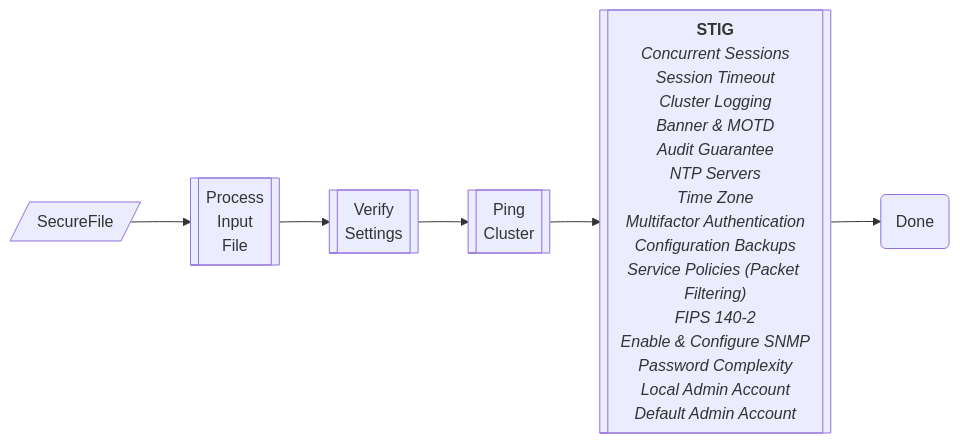
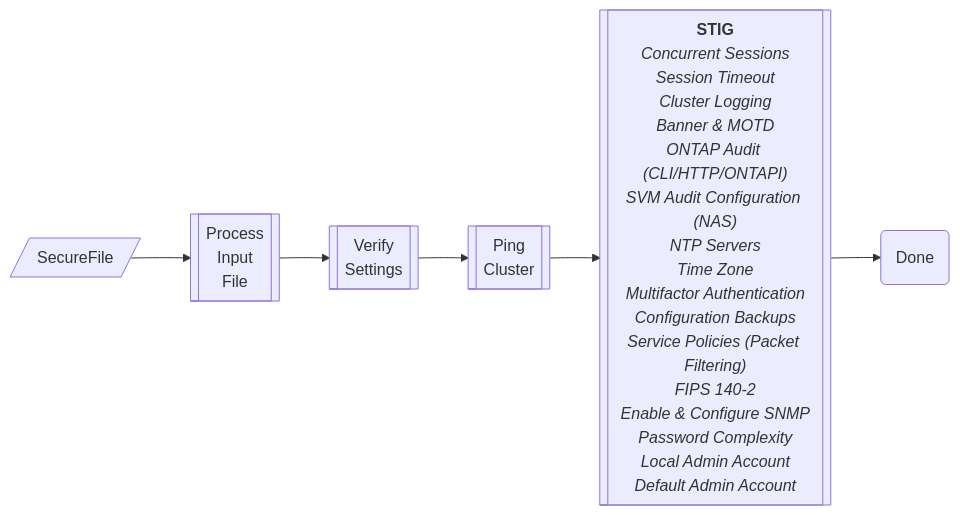
One commit to johncchampion/ontap_stig changed the first of 2 diagrams in README.md. Above: the diagram before and after it, drawn with Mermaid. The commit also changed other lines of this file, not shown here.

````diff
--- a/README.md
+++ b/README.md
@@ -111,29 +113,30 @@
 ```mermaid
 
 flowchart LR
 V1[/SecureFile/]
 T1[[Process<br>Input<br>File]]
 T2[[Verify<br>Settings]]
 T3[[Ping<br>Cluster]]
 T4[["<b>STIG</b><i>
 Concurrent Sessions
 Session Timeout
 Cluster Logging
 Banner & MOTD
-Audit Guarantee
+ONTAP Audit (CLI/HTTP/ONTAPI)
+SVM Audit Configuration (NAS)
 NTP Servers
 Time Zone
 Multifactor Authentication
 Configuration Backups
 Service Policies (Packet Filtering)
 FIPS 140-2
 Enable & Configure SNMP
 Password Complexity
 Local Admin Account
 Default Admin Account
 </i>
 "]]
 T99(Done)
 V1 --> T1 --> T2 --> T3 --> T4 --> T99
 
 ```
````
